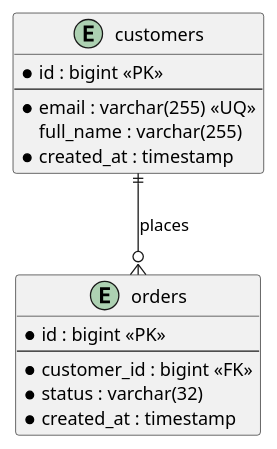
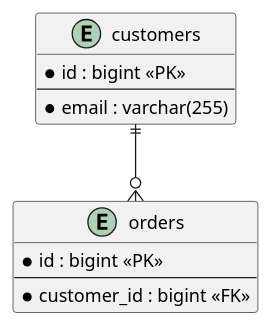
Diagram 11 of 24 in docs/tools/plantuml.md (iwizy/analyst_kb), drawn with PlantUML before and after one commit. The commit also changed other lines of this file, not shown here.

Commit message:
Обновление материалов по PlantUML

````diff
--- a/docs/tools/plantuml.md
+++ b/docs/tools/plantuml.md
@@ -221,21 +175,15 @@
 ```kroki-plantuml
 @startuml
 entity "customers" as customers {
   *id : bigint <<PK>>
   --
-  *email : varchar(255) <<UQ>>
-  full_name : varchar(255)
-  *created_at : timestamp
+  *email : varchar(255)
 }
-
 entity "orders" as orders {
   *id : bigint <<PK>>
   --
   *customer_id : bigint <<FK>>
-  *status : varchar(32)
-  *created_at : timestamp
 }
-
-customers ||--o{ orders : places
+customers ||--o{ orders
 @enduml
 ```
````
